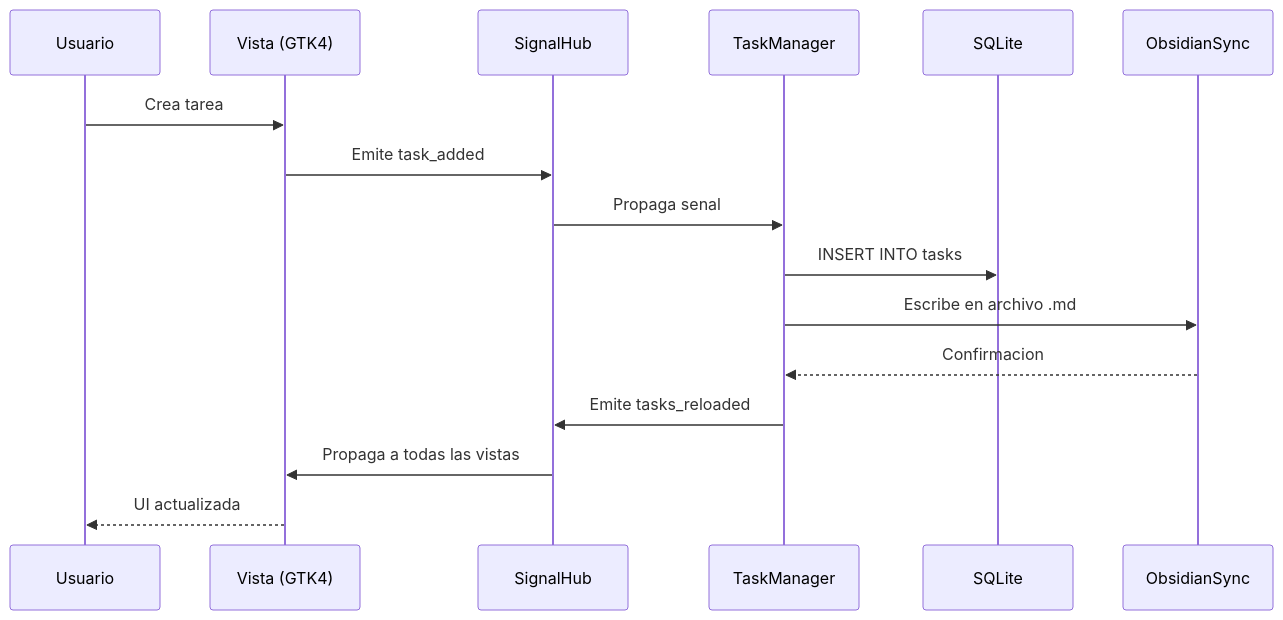
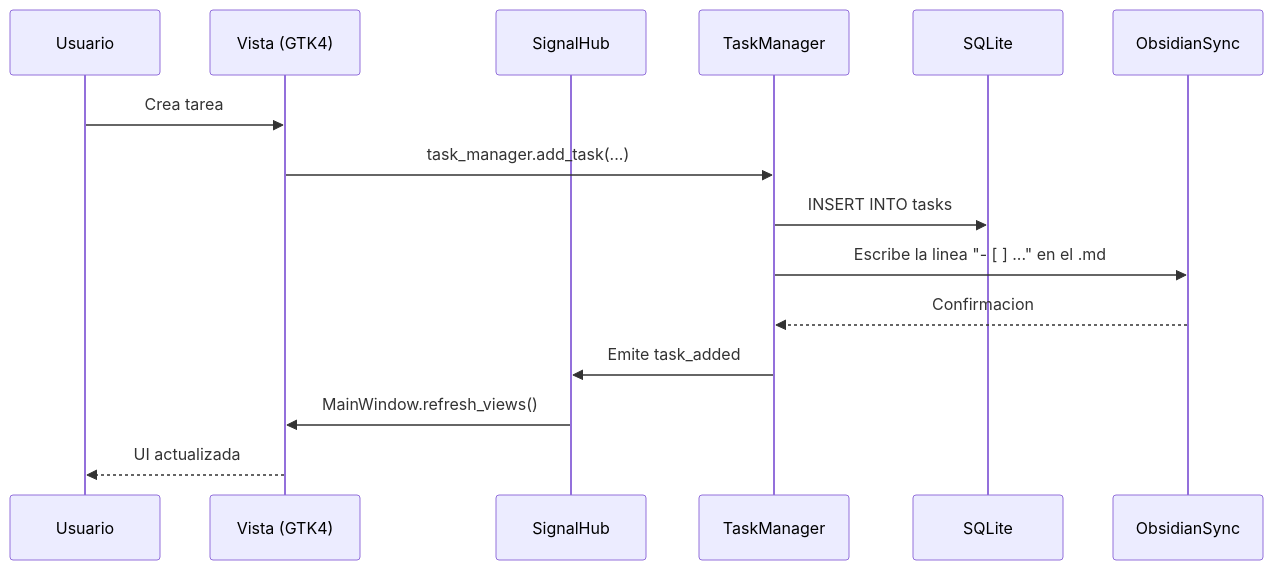
The second of 5 diagrams in Manual_Tecnico.md (jjjulianleon/UnixProductivityApp), drawn with Mermaid before and after one commit. The commit also changed other lines of this file and 28 other files, not shown here.

````diff
--- a/Manual_Tecnico.md
+++ b/Manual_Tecnico.md
@@ -140,19 +139,18 @@
 ```mermaid
 sequenceDiagram
     participant U as Usuario
     participant V as Vista (GTK4)
     participant S as SignalHub
     participant T as TaskManager
     participant DB as SQLite
     participant O as ObsidianSync
 
     U->>V: Crea tarea
-    V->>S: Emite task_added
-    S->>T: Propaga senal
+    V->>T: task_manager.add_task(...)
     T->>DB: INSERT INTO tasks
-    T->>O: Escribe en archivo .md
+    T->>O: Escribe la linea "- [ ] ..." en el .md
     O-->>T: Confirmacion
-    T->>S: Emite tasks_reloaded
-    S->>V: Propaga a todas las vistas
+    T->>S: Emite task_added
+    S->>V: MainWindow.refresh_views()
     V-->>U: UI actualizada
 ```
````
